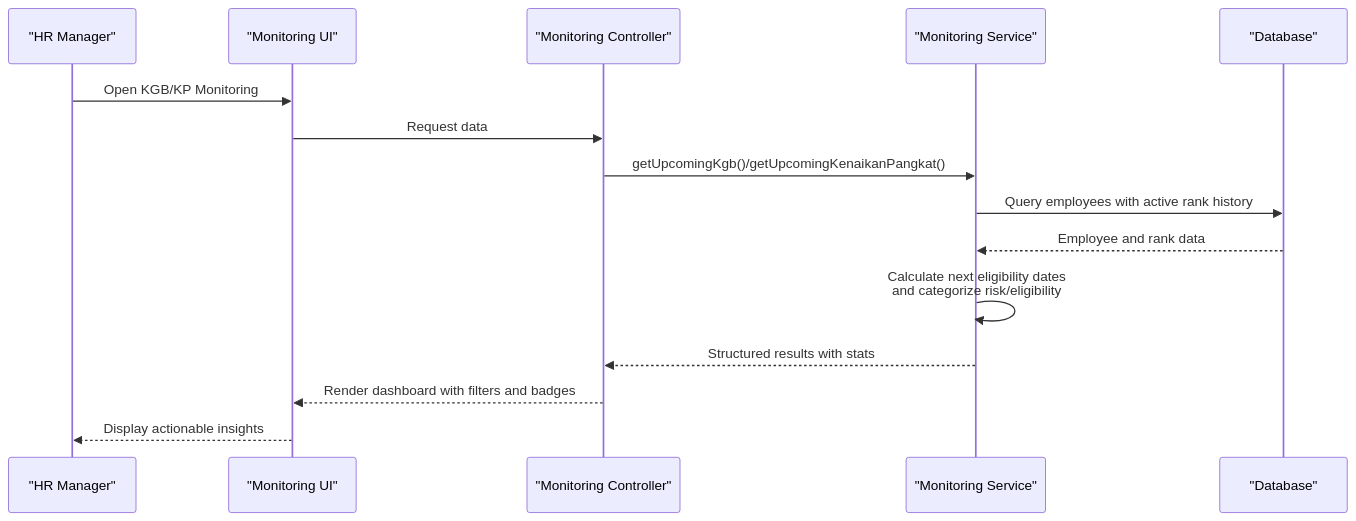
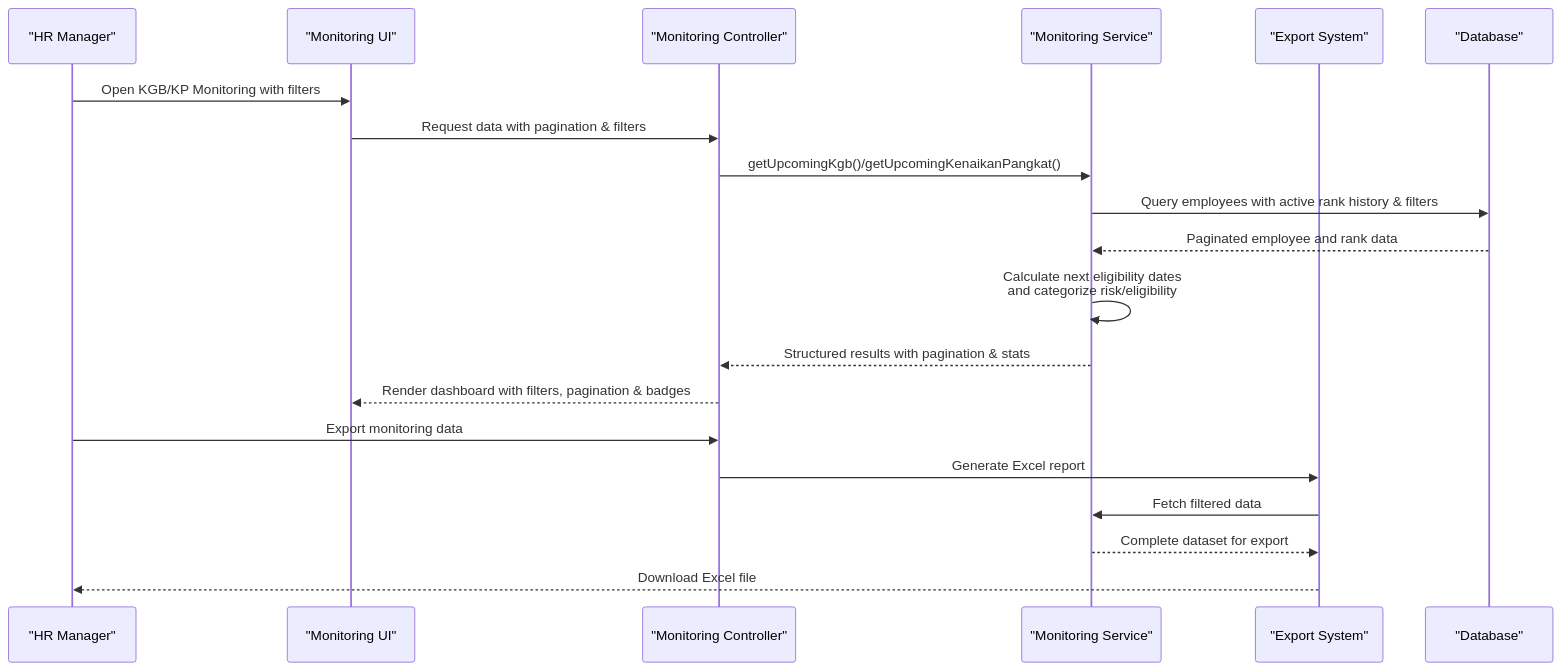
One commit to PA-Penajam/kepegawaian_apps changed the second of 7 diagrams in .qoder/repowiki/en/content/Monitoring and Analytics System/Monitoring and Analytics System.md. Above: the diagram before and after it, drawn with Mermaid. The commit also changed other lines of this file and 22 other files, not shown here.

````diff
--- a/.qoder/repowiki/en/content/Monitoring and Analytics System/Monitoring and Analytics System.md
+++ b/.qoder/repowiki/en/content/Monitoring and Analytics System/Monitoring and Analytics System.md
@@ -124,17 +165,22 @@
 ```mermaid
 sequenceDiagram
 participant User as "HR Manager"
 participant UI as "Monitoring UI"
 participant Ctrl as "Monitoring Controller"
 participant Svc as "Monitoring Service"
+participant Export as "Export System"
 participant DB as "Database"
-User->>UI : Open KGB/KP Monitoring
-UI->>Ctrl : Request data
+User->>UI : Open KGB/KP Monitoring with filters
+UI->>Ctrl : Request data with pagination & filters
 Ctrl->>Svc : getUpcomingKgb()/getUpcomingKenaikanPangkat()
-Svc->>DB : Query employees with active rank history
-DB-->>Svc : Employee and rank data
+Svc->>DB : Query employees with active rank history & filters
+DB-->>Svc : Paginated employee and rank data
 Svc->>Svc : Calculate next eligibility dates<br/>and categorize risk/eligibility
-Svc-->>Ctrl : Structured results with stats
-Ctrl-->>UI : Render dashboard with filters and badges
-UI-->>User : Display actionable insights
+Svc-->>Ctrl : Structured results with pagination & stats
+Ctrl-->>UI : Render dashboard with filters, pagination & badges
+User->>Ctrl : Export monitoring data
+Ctrl->>Export : Generate Excel report
+Export->>Svc : Fetch filtered data
+Svc-->>Export : Complete dataset for export
+Export-->>User : Download Excel file
 ```
````
